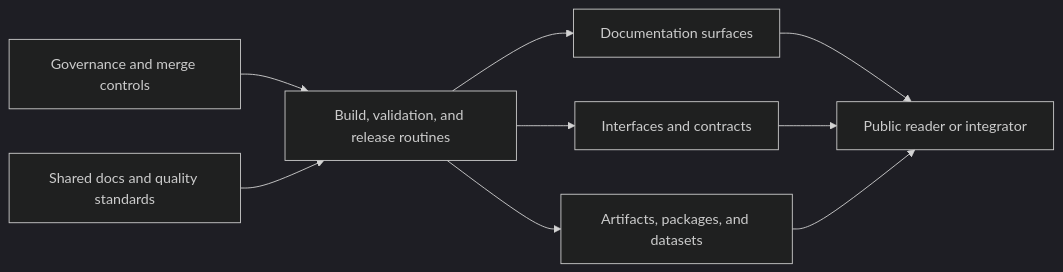
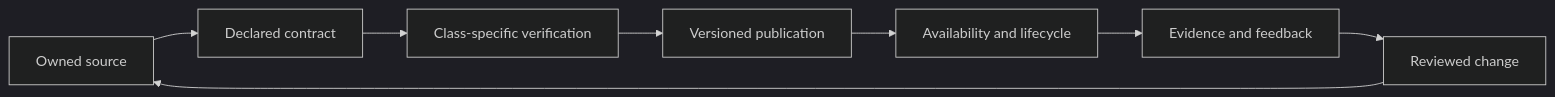
Before and after one commit to bijux/bijux.github.io: the first of 2 diagrams in docs/01-platform/delivery-surfaces/index.md, drawn with Mermaid (dark theme). The commit also changed other lines of this file and 1 other file, not shown here.

````diff
--- a/docs/01-platform/delivery-surfaces/index.md
+++ b/docs/01-platform/delivery-surfaces/index.md
@@ -28,11 +35,10 @@
 ```mermaid
-graph LR
-    governance["Governance and merge controls"] --> build["Build, validation, and release routines"]
-    standards["Shared docs and quality standards"] --> build
-    build --> docs["Documentation surfaces"]
-    build --> interfaces["Interfaces and contracts"]
-    build --> artifacts["Artifacts, packages, and datasets"]
-    docs --> reader["Public reader or integrator"]
-    interfaces --> reader
-    artifacts --> reader
+flowchart LR
+    source["Owned source"] --> contract["Declared contract"]
+    contract --> verify["Class-specific verification"]
+    verify --> publish["Versioned publication"]
+    publish --> operate["Availability and lifecycle"]
+    operate --> observe["Evidence and feedback"]
+    observe --> change["Reviewed change"]
+    change --> source
 ```
````
